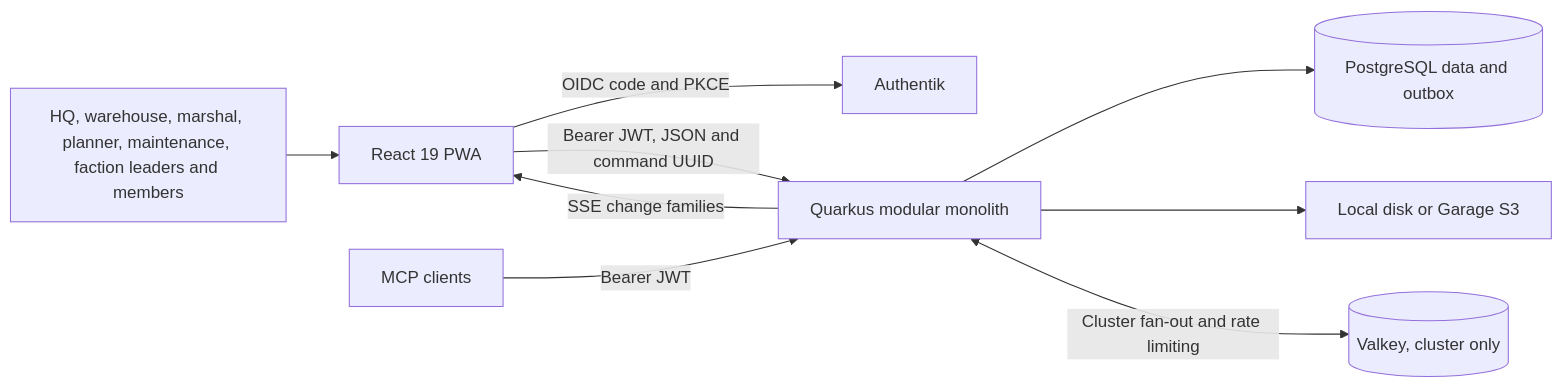
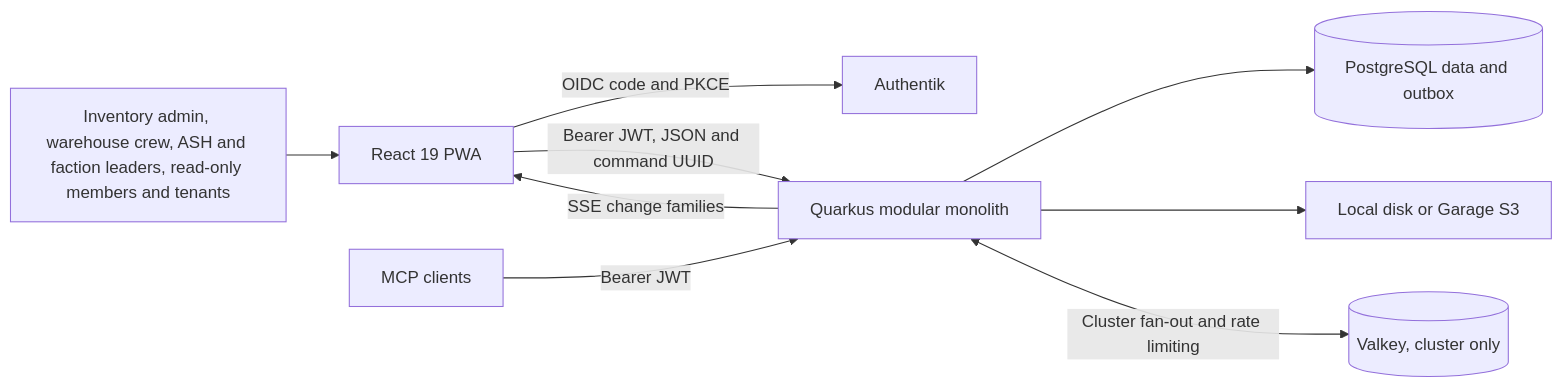
The diagram in docs/ARCHITECTURE.md (Voxel07/inventory), drawn with Mermaid before and after one commit. The commit also changed other lines of this file and 129 other files, not shown here.

````diff
--- a/docs/ARCHITECTURE.md
+++ b/docs/ARCHITECTURE.md
@@ -20,11 +20,11 @@
 ```mermaid
 flowchart LR
-    Users[HQ, warehouse, marshal, planner, maintenance, faction leaders and members] --> PWA[React 19 PWA]
+    Users[Inventory admin, warehouse crew, ASH and faction leaders, read-only members and tenants] --> PWA[React 19 PWA]
     PWA -->|OIDC code and PKCE| IdP[Authentik]
     PWA -->|Bearer JWT, JSON and command UUID| API[Quarkus modular monolith]
     MCP[MCP clients] -->|Bearer JWT| API
     API --> PG[(PostgreSQL data and outbox)]
     API --> Media[Local disk or Garage S3]
     API -->|SSE change families| PWA
     API <-->|Cluster fan-out and rate limiting| Valkey[(Valkey, cluster only)]
 ```
````
